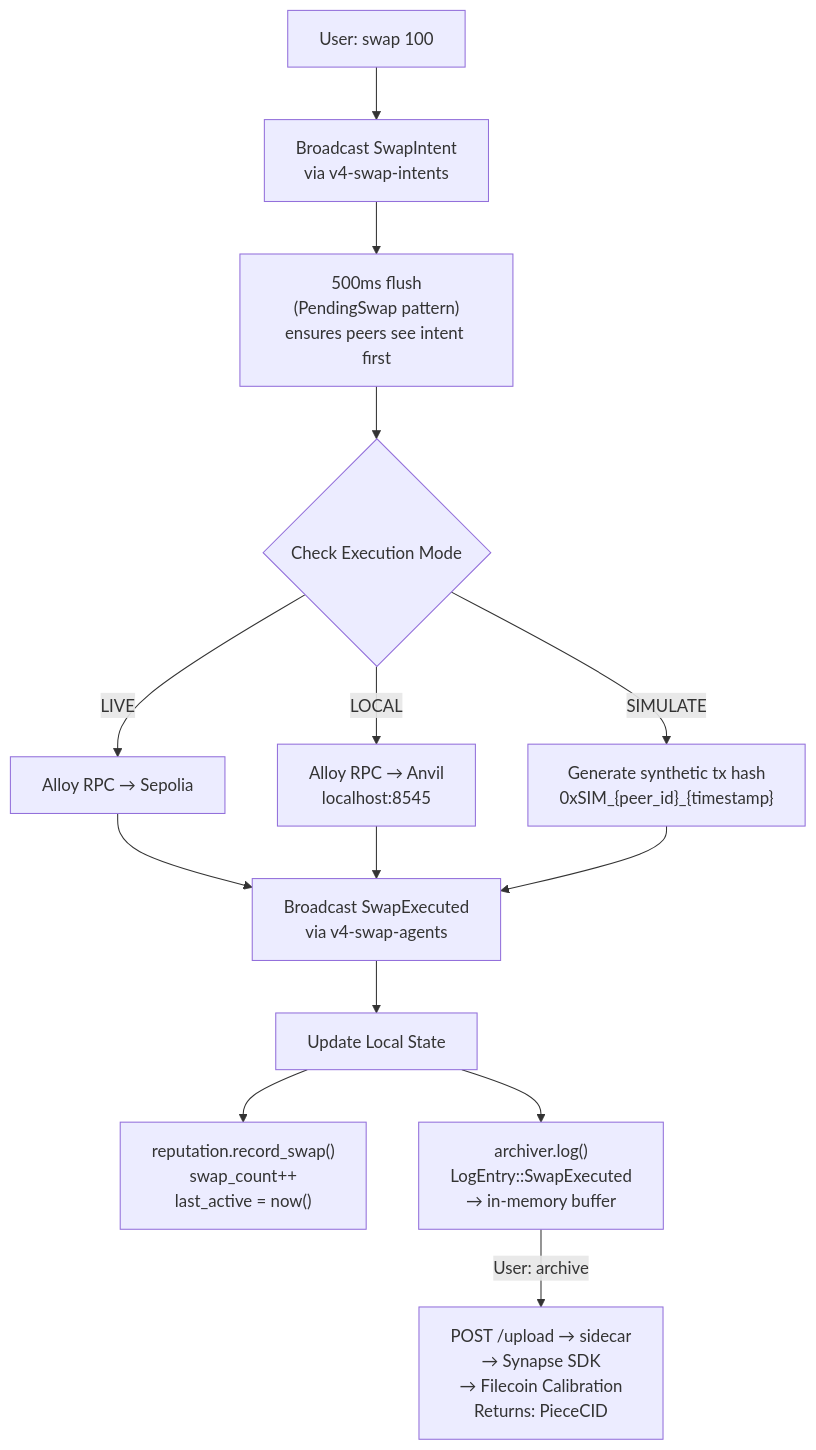
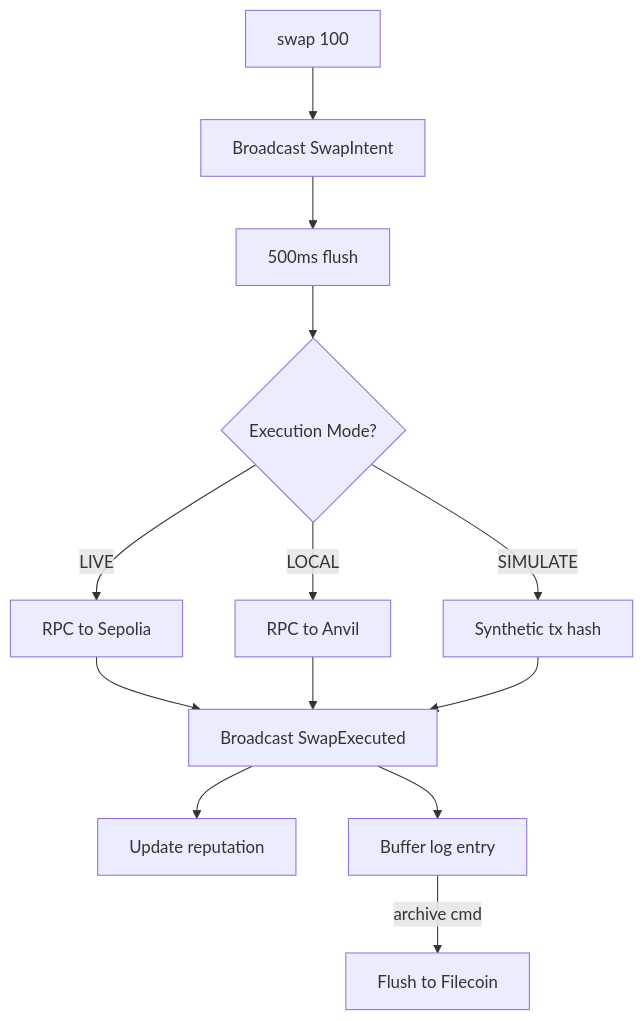
Before and after one commit to Patrick-Ehimen/libp2p-v4-swap-agents: the seventh of 12 diagrams in documentation/architecture.md, drawn with Mermaid. The commit also changed other lines of this file, not shown here.

First line of the commit message:
fix: simplify Mermaid diagrams for GitHub rendering

````diff
--- a/documentation/architecture.md
+++ b/documentation/architecture.md
@@ -256,20 +163,18 @@
 ```mermaid
 graph TD
-    CMD["User: swap 100"] --> INTENT["Broadcast SwapIntent<br/>via v4-swap-intents"]
-    INTENT --> FLUSH["500ms flush<br/>(PendingSwap pattern)<br/>ensures peers see intent first"]
-    FLUSH --> CHECK{"Check Execution Mode"}
+    CMD["swap 100"] --> INTENT["Broadcast SwapIntent"]
+    INTENT --> FLUSH["500ms flush"]
+    FLUSH --> CHECK{"Execution Mode?"}
 
-    CHECK -->|LIVE| RPC_LIVE["Alloy RPC → Sepolia"]
-    CHECK -->|LOCAL| RPC_LOCAL["Alloy RPC → Anvil<br/>localhost:8545"]
-    CHECK -->|SIMULATE| SIM["Generate synthetic tx hash<br/>0xSIM_{peer_id}_{timestamp}"]
+    CHECK -->|LIVE| SEPOLIA["RPC to Sepolia"]
+    CHECK -->|LOCAL| ANVIL["RPC to Anvil"]
+    CHECK -->|SIMULATE| SIM["Synthetic tx hash"]
 
-    RPC_LIVE --> BROADCAST["Broadcast SwapExecuted<br/>via v4-swap-agents"]
-    RPC_LOCAL --> BROADCAST
+    SEPOLIA --> BROADCAST["Broadcast SwapExecuted"]
+    ANVIL --> BROADCAST
     SIM --> BROADCAST
 
-    BROADCAST --> UPDATE["Update Local State"]
-    UPDATE --> REP["reputation.record_swap()<br/>swap_count++<br/>last_active = now()"]
-    UPDATE --> LOG["archiver.log()<br/>LogEntry::SwapExecuted<br/>→ in-memory buffer"]
-
-    LOG -->|"User: archive"| FILECOIN["POST /upload → sidecar<br/>→ Synapse SDK<br/>→ Filecoin Calibration<br/>Returns: PieceCID"]
+    BROADCAST --> REP["Update reputation"]
+    BROADCAST --> LOG["Buffer log entry"]
+    LOG -->|archive cmd| FIL["Flush to Filecoin"]
 ```
````
